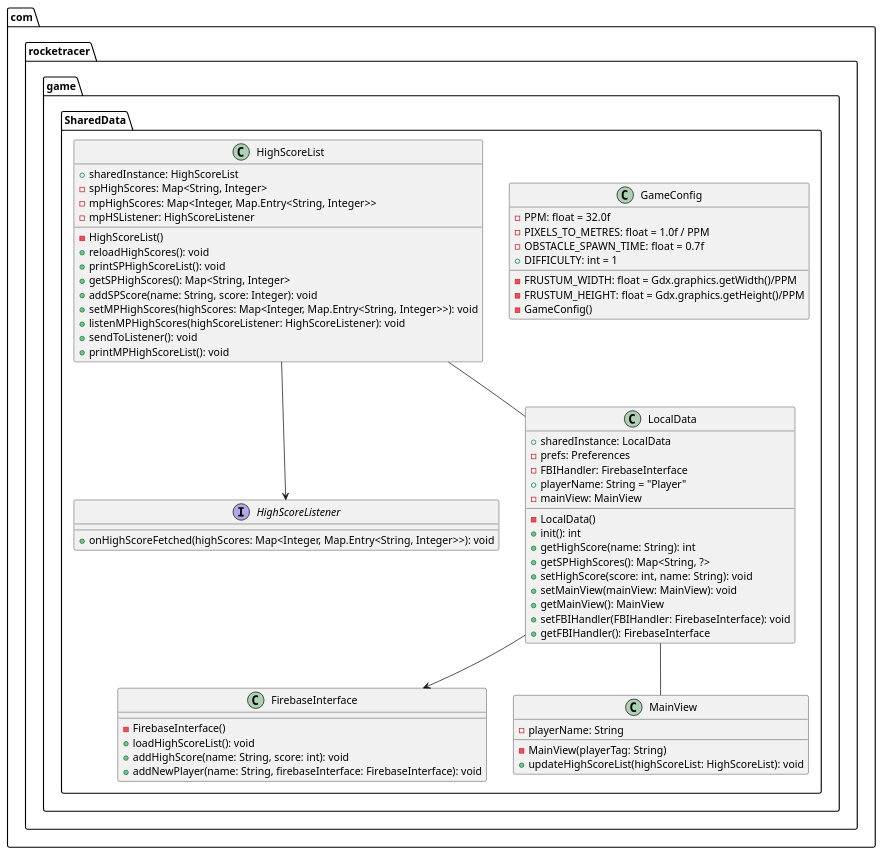
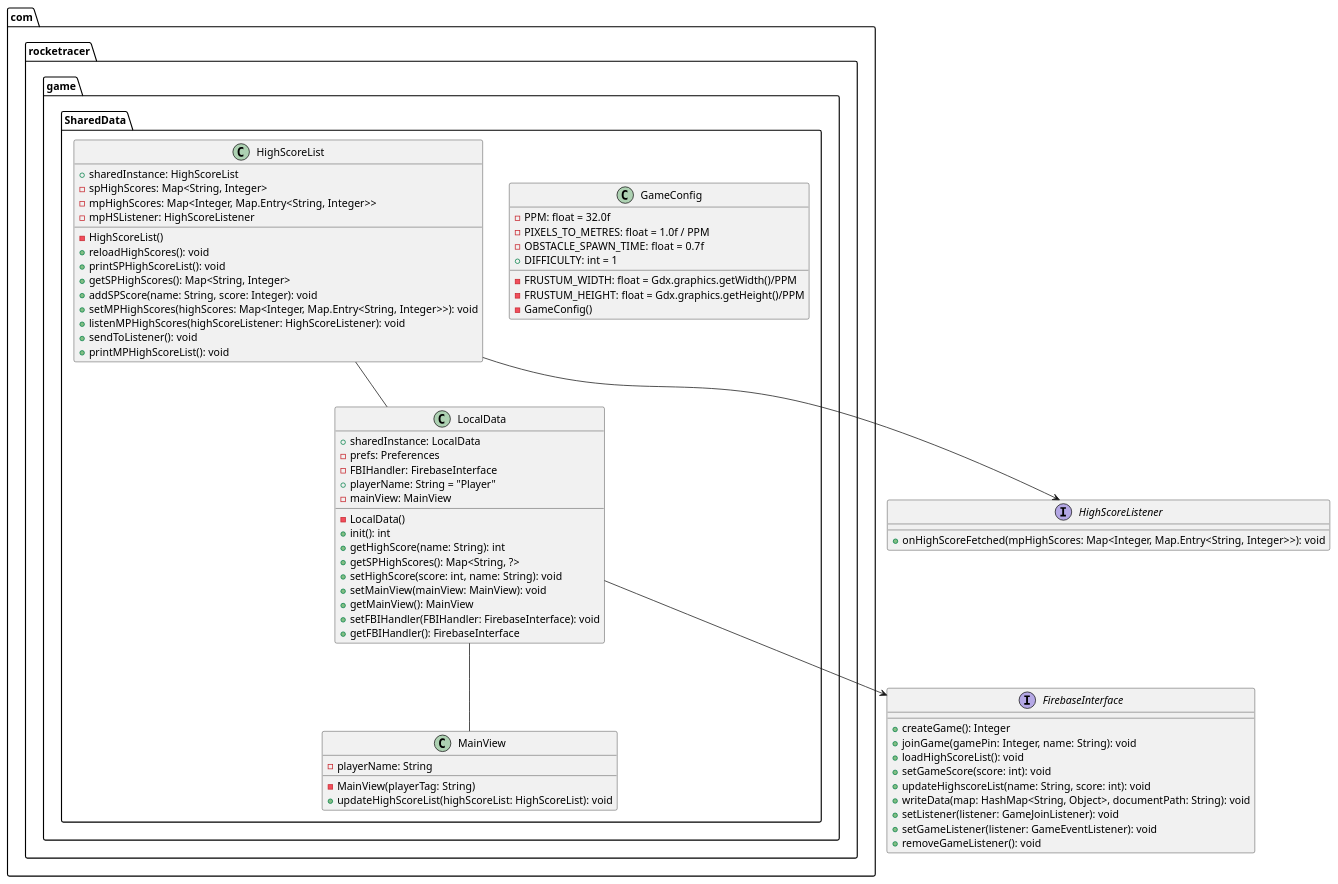
One commit to erik-tt/Rocket-Racer changed the diagram in documentation/com/rocketracer/game/SharedData/SharedData.plantuml. Above: the diagram before and after it, drawn with PlantUML. The commit also changed 3 other files, not shown here.

```diff
--- a/documentation/com/rocketracer/game/SharedData/SharedData.plantuml
+++ b/documentation/com/rocketracer/game/SharedData/SharedData.plantuml
@@ -1,68 +1,71 @@
 @startuml
 package com.rocketracer.game.SharedData {
   class GameConfig {
     - PPM: float = 32.0f
     - FRUSTUM_WIDTH: float = Gdx.graphics.getWidth()/PPM
     - FRUSTUM_HEIGHT: float = Gdx.graphics.getHeight()/PPM
     - PIXELS_TO_METRES: float = 1.0f / PPM
     - OBSTACLE_SPAWN_TIME: float = 0.7f
     + DIFFICULTY: int = 1
     - GameConfig()
   }
   
   class HighScoreList {
     + sharedInstance: HighScoreList
     - spHighScores: Map<String, Integer>
     - mpHighScores: Map<Integer, Map.Entry<String, Integer>>
     - mpHSListener: HighScoreListener
     - HighScoreList()
     + reloadHighScores(): void
     + printSPHighScoreList(): void
     + getSPHighScores(): Map<String, Integer>
     + addSPScore(name: String, score: Integer): void
     + setMPHighScores(highScores: Map<Integer, Map.Entry<String, Integer>>): void
     + listenMPHighScores(highScoreListener: HighScoreListener): void
     + sendToListener(): void
     + printMPHighScoreList(): void
   }
   
-  interface HighScoreListener {
-    + onHighScoreFetched(highScores: Map<Integer, Map.Entry<String, Integer>>): void
-  }
-  
   class LocalData {
     + sharedInstance: LocalData
     - prefs: Preferences
     - FBIHandler: FirebaseInterface
     + playerName: String = "Player"
     - mainView: MainView
     - LocalData()
     + init(): int
     + getHighScore(name: String): int
     + getSPHighScores(): Map<String, ?>
     + setHighScore(score: int, name: String): void
     + setMainView(mainView: MainView): void
     + getMainView(): MainView
     + setFBIHandler(FBIHandler: FirebaseInterface): void
     + getFBIHandler(): FirebaseInterface
   }
   
-  class FirebaseInterface {
-    - FirebaseInterface()
-    + loadHighScoreList(): void
-    + addHighScore(name: String, score: int): void
-    + addNewPlayer(name: String, firebaseInterface: FirebaseInterface): void
-  }
-  
   class MainView {
     - playerName: String
     - MainView(playerTag: String)
     + updateHighScoreList(highScoreList: HighScoreList): void
   }
-  
+}
+interface FirebaseInterface {
+    + createGame(): Integer
+    + joinGame(gamePin: Integer, name: String): void
+    + loadHighScoreList(): void
+    + setGameScore(score: int): void
+    + updateHighscoreList(name: String, score: int): void
+    + writeData(map: HashMap<String, Object>, documentPath: String): void
+    + setListener(listener: GameJoinListener): void
+    + setGameListener(listener: GameEventListener): void
+    + removeGameListener(): void
+}
+interface HighScoreListener {
+    + onHighScoreFetched(mpHighScores: Map<Integer, Map.Entry<String, Integer>>): void
+  }
+
   HighScoreList -- LocalData
   LocalData --> FirebaseInterface
   LocalData -- MainView
   HighScoreList --> HighScoreListener
-}
 @enduml
```
